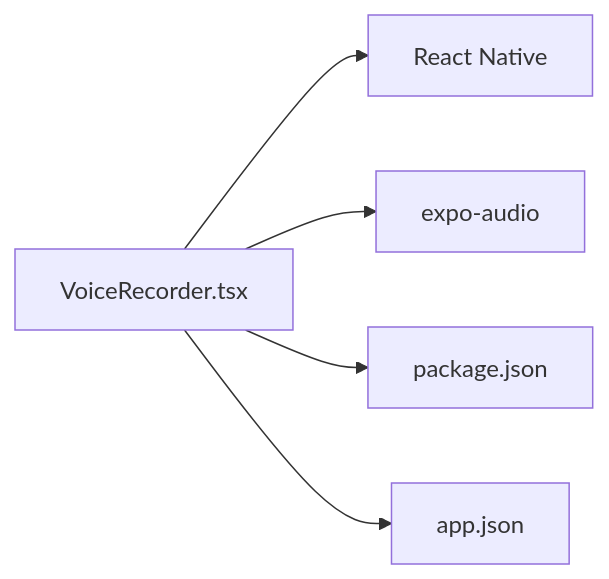
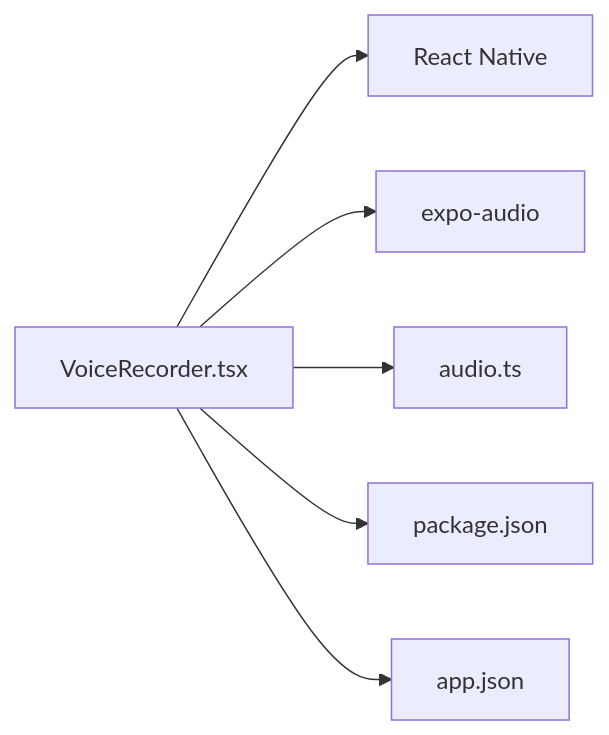
One commit to Aiman-Naeem/KisaanDost_AI_hackathon_Pakistan changed the third of 6 diagrams in .qoder/repowiki/en/content/Voice Assistant Feature/Voice Recorder Component.md. Above: the diagram before and after it, drawn with Mermaid. The commit also changed other lines of this file and 42 other files, not shown here.

````diff
--- a/.qoder/repowiki/en/content/Voice Assistant Feature/Voice Recorder Component.md
+++ b/.qoder/repowiki/en/content/Voice Assistant Feature/Voice Recorder Component.md
@@ -195,12 +266,14 @@
 ```mermaid
 graph LR
 VR["VoiceRecorder.tsx"]
 RN["React Native"]
 EA["expo-audio"]
+AU["audio.ts"]
 PKG["package.json"]
 CFG["app.json"]
 VR --> RN
 VR --> EA
+VR --> AU
 VR --> PKG
 VR --> CFG
 ```
````
